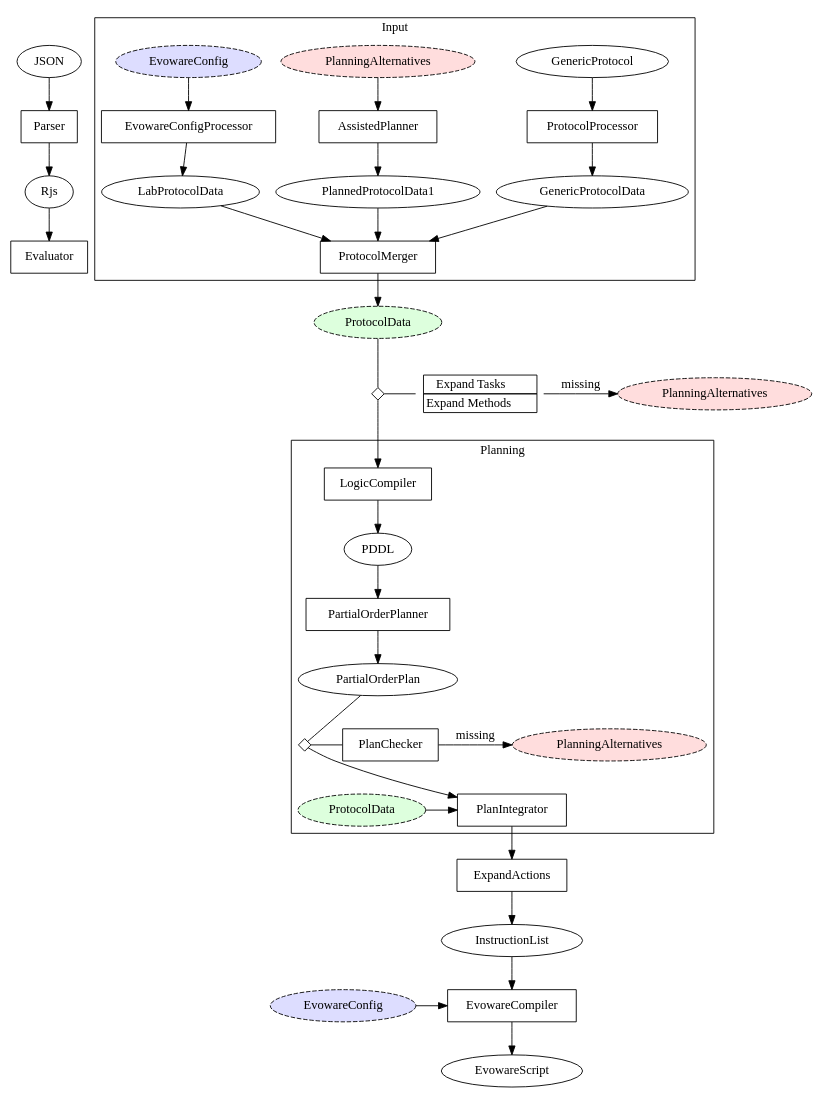
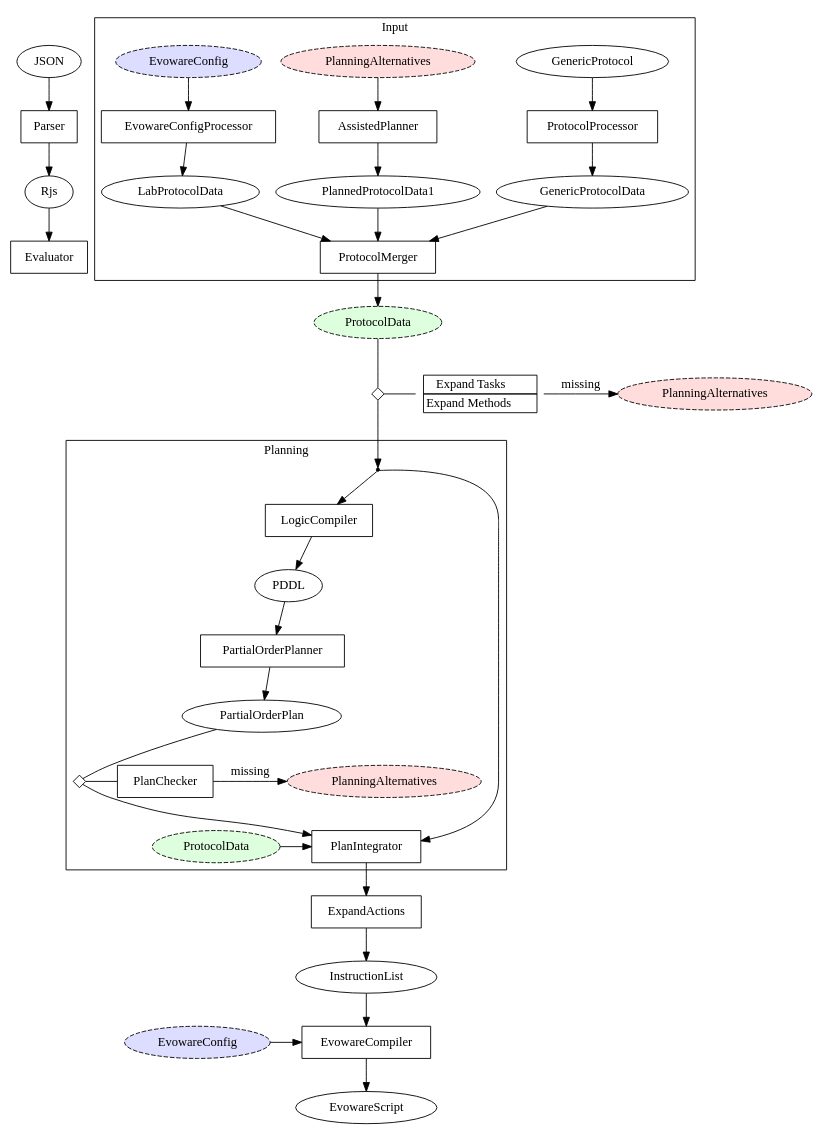
One commit to ellis/roboliq changed the diagram in doc/architecture.dot. Above: the diagram before and after it, drawn with Graphviz.

Commit message:
architecture

```diff
--- a/doc/architecture.dot
+++ b/doc/architecture.dot
@@ -1,79 +1,81 @@
 digraph Roboliq {
 	Parser [ shape="box" ];
 	Evaluator [ shape="box" ];
 
 	subgraph cluster_0 {
 		label = "Input";
 		GenericProtocol;
 		Alternatives0 [ label="PlanningAlternatives", style="dashed,filled", fillcolor="#ffdddd" ];
 		EvowareConfig0 [ label="EvowareConfig", style="dashed,filled", fillcolor="#ddddff" ];
 
 		EvowareConfigProcessor [ shape="box" ];
 		ProtocolProcessor [ shape="box" ];
 		AssistedPlanner [ shape="box" ];
 
 		ProtocolMerger [ shape="box" ];
 
 		EvowareConfig0 -> EvowareConfigProcessor -> LabProtocolData -> ProtocolMerger;
 		GenericProtocol -> ProtocolProcessor -> GenericProtocolData -> ProtocolMerger;
 		Alternatives0 -> AssistedPlanner -> PlannedProtocolData1 -> ProtocolMerger;
 	};
 
 	CheckPoint1 [ label="", shape="diamond", width=0.2, height=0.2, fixedsize=true ];
 	ExpandCommands [
 		shape = none
 		label = <<table border="0" cellspacing="0">
 					<tr><td port="port1" border="1">Expand Tasks</td></tr>
 					<tr><td port="port2" border="1">Expand Methods</td></tr>
 				</table>>
 	]
 	Alternatives1 [ label="PlanningAlternatives", style="dashed,filled", fillcolor="#ffdddd" ];
 
 	CheckPoint1 -> ExpandCommands [ arrowhead="none" ];
-	CheckPoint1 -> LogicCompiler;
+	CheckPoint1 -> Split1;
 
 	subgraph cluster_1 {
 		label = "Planning";
 
-		
+		Split1 [ shape="point" ];
 		LogicCompiler [ shape="box" ];
 		PartialOrderPlanner [ shape="box" ];
 		PlanChecker [ shape="box" ];
 		PlanIntegrator [ shape="box" ];
 		Alternatives2 [ label="PlanningAlternatives", style="dashed,filled", fillcolor="#ffdddd" ];
 
+		Split1 -> LogicCompiler;
 		LogicCompiler -> PDDL -> PartialOrderPlanner -> PartialOrderPlan;
 		PartialOrderPlan -> CheckPoint2 [ arrowhead="none" ];
 
 		CheckPoint2 -> PlanChecker [ arrowhead="none" ];
 		CheckPoint2 -> PlanIntegrator;
+		Split1 -> PlanIntegrator;
 		PlanChecker -> Alternatives2 [ label=" missing " ];
 
 		{ rank=same ProtocolData1 PlanIntegrator };
 		{ rank=same CheckPoint2 PlanChecker Alternatives2 };
 	};
 
 	ExpandActions [ shape="box" ];
 	EvowareCompiler [ shape="box" ];
 
 	CheckPoint2 [ label="", shape="diamond", width=0.2, height=0.2, fixedsize=true ];
 	ProtocolData0 [ label="ProtocolData", style="dashed,filled", fillcolor="#ddffdd" ];
 	ProtocolData1 [ label="ProtocolData", style="dashed,filled", fillcolor="#ddffdd" ];
 	EvowareConfig1 [ label="EvowareConfig", style="dashed,filled", fillcolor="#ddddff" ];
 
 	JSON -> Parser -> Rjs -> Evaluator;
 
 
 	ProtocolMerger -> ProtocolData0;
 	ProtocolData0 -> CheckPoint1 [ arrowhead="none" ];
 	PlanIntegrator ->
 	ExpandActions ->
 		InstructionList -> EvowareCompiler -> EvowareScript;
 	
 	EvowareConfig1 -> EvowareCompiler;
 	ExpandCommands -> Alternatives1 [ label=" missing " ];
 	ProtocolData1 -> PlanIntegrator;
 
 	{ rank=same CheckPoint1 ExpandCommands Alternatives1 };
 	{ rank=same EvowareCompiler EvowareConfig1 };
 }
```
